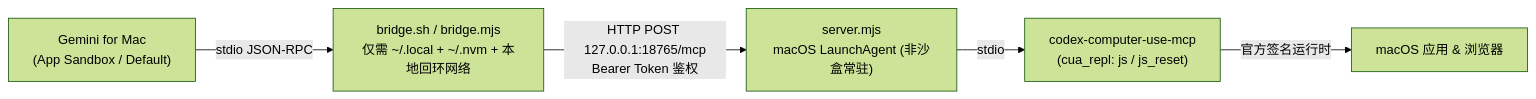
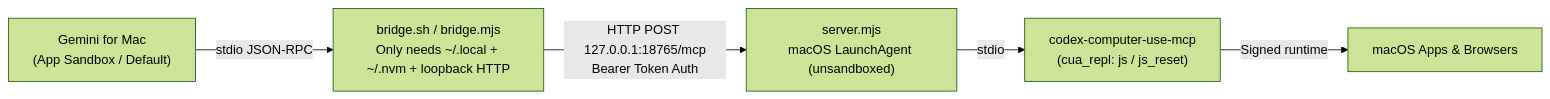
The diagram in README.md (the-waste-land/gemini-mac-computer-use-bridge), drawn with Mermaid (forest theme) before and after one commit. The commit also changed other lines of this file and 2 other files, not shown here.

Commit message:
docs: make English README.md default and move Chinese to README_ZH.md

````diff
--- a/README.md
+++ b/README.md
@@ -30,7 +30,7 @@
 ```mermaid
 flowchart LR
-    G["Gemini for Mac<br/>(App Sandbox / Default)"] -->|"stdio JSON-RPC"| B["bridge.sh / bridge.mjs<br/>仅需 ~/.local + ~/.nvm + 本地回环网络"]
-    B -->|"HTTP POST 127.0.0.1:18765/mcp<br/>Bearer Token 鉴权"| S["server.mjs<br/>macOS LaunchAgent (非沙盒常驻)"]
+    G["Gemini for Mac<br/>(App Sandbox / Default)"] -->|"stdio JSON-RPC"| B["bridge.sh / bridge.mjs<br/>Only needs ~/.local + ~/.nvm + loopback HTTP"]
+    B -->|"HTTP POST 127.0.0.1:18765/mcp<br/>Bearer Token Auth"| S["server.mjs<br/>macOS LaunchAgent (unsandboxed)"]
     S -->|"stdio"| M["codex-computer-use-mcp<br/>(cua_repl: js / js_reset)"]
-    M -->|"官方签名运行时"| Mac["macOS 应用 & 浏览器"]
+    M -->|"Signed runtime"| Mac["macOS Apps & Browsers"]
 ```
````
